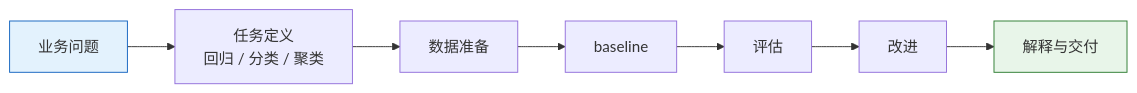
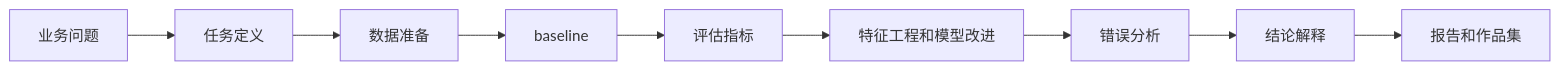
The third of 3 diagrams in docs/stage4/ch06-projects/00-roadmap.md (oudbiao/AI-fullstack-course), drawn with Mermaid before and after one commit. The commit also changed other lines of this file and 95 other files, not shown here.

````diff
--- a/docs/stage4/ch06-projects/00-roadmap.md
+++ b/docs/stage4/ch06-projects/00-roadmap.md
@@ -16,12 +53,11 @@
 ```mermaid
 flowchart LR
-    A["业务问题"] --> B["任务定义<br/>回归 / 分类 / 聚类"]
-    B --> C["数据准备"]
-    C --> D["baseline"]
-    D --> E["评估"]
-    E --> F["改进"]
-    F --> G["解释与交付"]
-
-    style A fill:#e3f2fd,stroke:#1565c0,color:#333
-    style G fill:#e8f5e9,stroke:#2e7d32,color:#333
+  A[业务问题] --> B[任务定义]
+  B --> C[数据准备]
+  C --> D[baseline]
+  D --> E[评估指标]
+  E --> F[特征工程和模型改进]
+  F --> G[错误分析]
+  G --> H[结论解释]
+  H --> I[报告和作品集]
 ```
````
